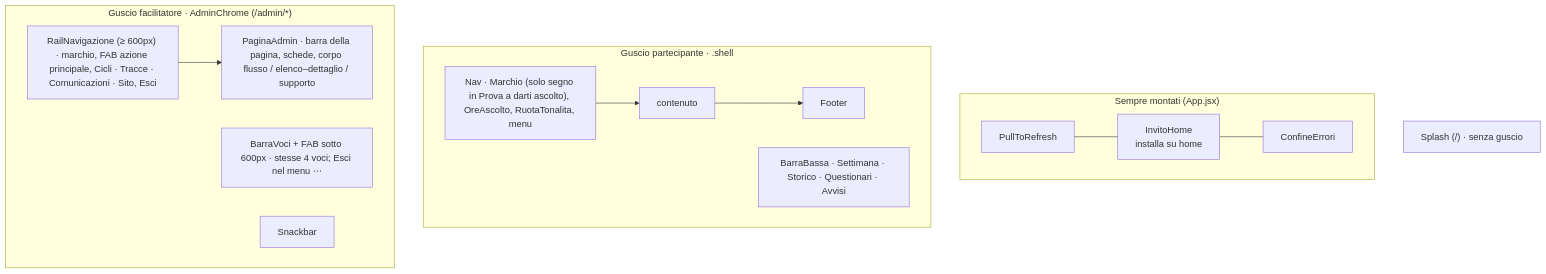
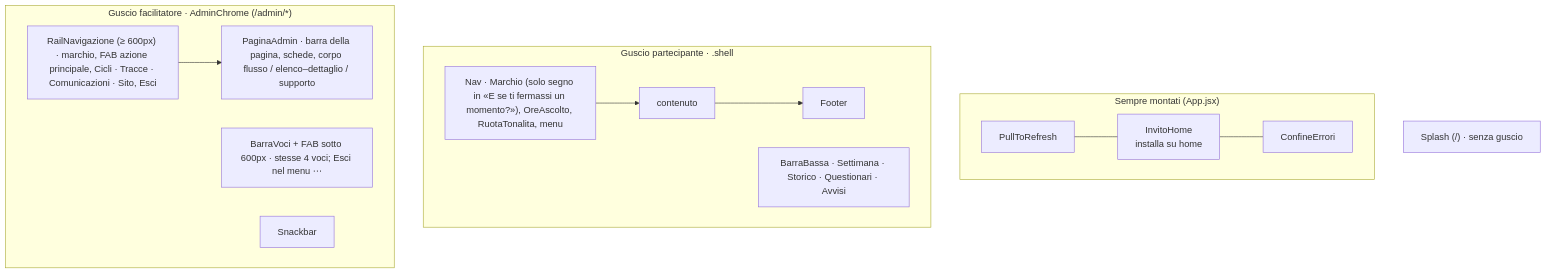
One commit to salonbookingsystemou-dot/conscio changed the diagram in docs/interfaccia.md. Above: the diagram before and after it, drawn with Mermaid. The commit also changed 11 other files, not shown here.

First line of the commit message:
La sezione pubblica si chiama «E se ti fermassi un momento?»

````diff
--- a/docs/interfaccia.md
+++ b/docs/interfaccia.md
@@ -13,16 +13,16 @@
 ```mermaid
 flowchart TB
   subgraph Globali["Sempre montati (App.jsx)"]
     PTR[PullToRefresh] --- IH[InvitoHome<br/>installa su home] --- CE[ConfineErrori]
   end
   subgraph Part["Guscio partecipante · .shell"]
-    NAV["Nav · Marchio (solo segno in Prova a darti ascolto), OreAscolto, RuotaTonalita, menu"] --> CONT1[contenuto] --> FOOT[Footer]
+    NAV["Nav · Marchio (solo segno in «E se ti fermassi un momento?»), OreAscolto, RuotaTonalita, menu"] --> CONT1[contenuto] --> FOOT[Footer]
     BB["BarraBassa · Settimana · Storico · Questionari · Avvisi"]
   end
   subgraph Fac["Guscio facilitatore · AdminChrome (/admin/*)"]
     RAIL["RailNavigazione (≥ 600px) · marchio, FAB azione principale, Cicli · Tracce · Comunicazioni · Sito, Esci"] --> CONT2["PaginaAdmin · barra della pagina, schede, corpo flusso / elenco–dettaglio / supporto"]
     BBF["BarraVoci + FAB sotto 600px · stesse 4 voci; Esci nel menu ⋯"]
     SNK["Snackbar"]
   end
   SPL["Splash (/) · senza guscio"]
 ```
````
